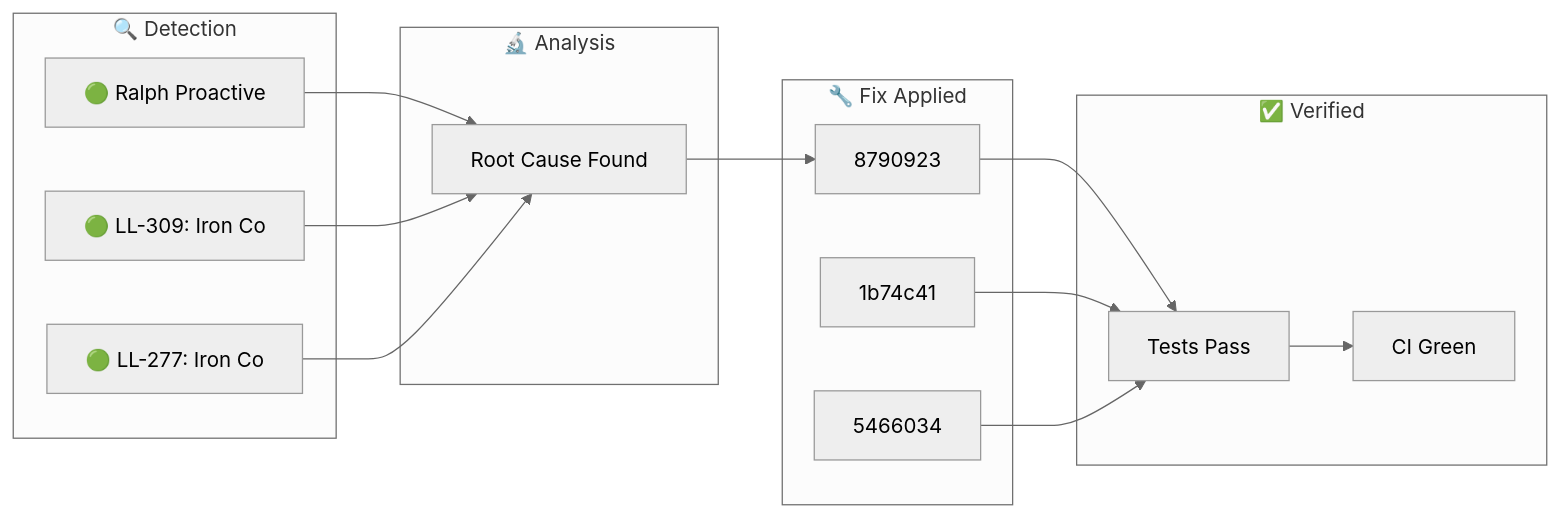
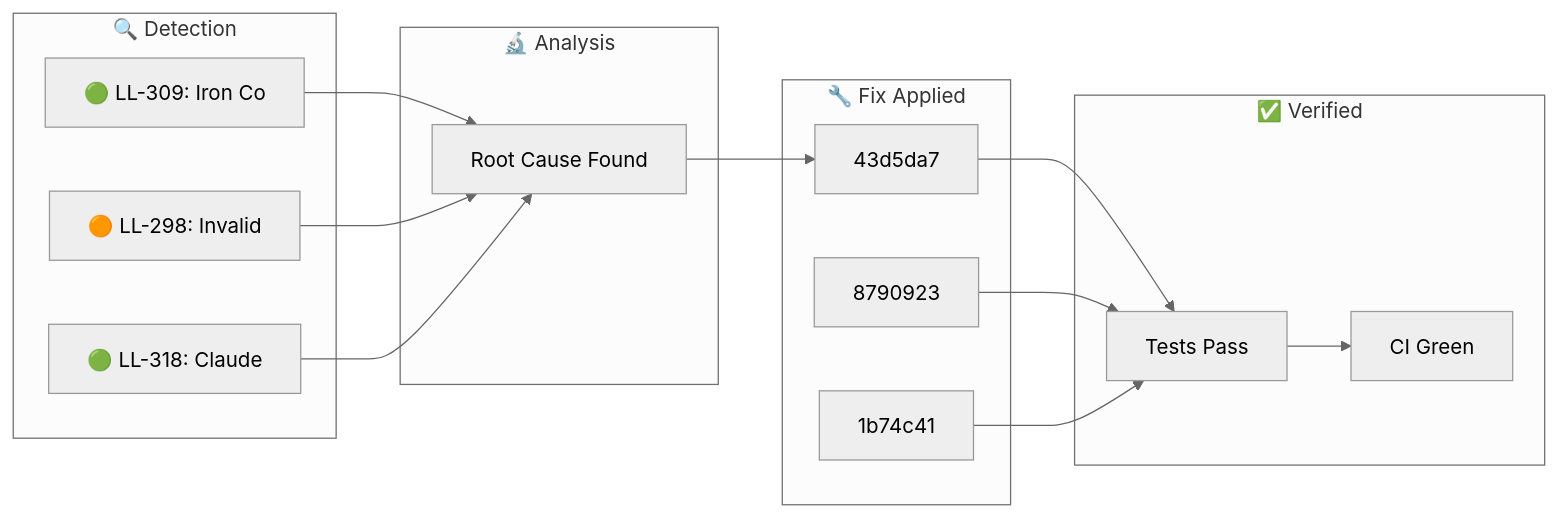
The diagram in docs/_posts/2026-01-29-ralph-discovery.md (YoByron/trading), drawn with Mermaid (neutral theme) before and after one commit. The commit also changed other lines of this file, not shown here.

Commit message:
docs(ralph): Auto-publish discovery blog post

````diff
--- a/docs/_posts/2026-01-29-ralph-discovery.md
+++ b/docs/_posts/2026-01-29-ralph-discovery.md
@@ -17,28 +17,28 @@
 ```mermaid
 flowchart LR
     subgraph Detection["🔍 Detection"]
-        D1["🟢 Ralph Proactive"]
-        D2["🟢 LL-309: Iron Co"]
-        D3["🟢 LL-277: Iron Co"]
+        D1["🟢 LL-309: Iron Co"]
+        D2["🟠 LL-298: Invalid"]
+        D3["🟢 LL-318: Claude "]
     end
     subgraph Analysis["🔬 Analysis"]
         A1["Root Cause Found"]
     end
     subgraph Fix["🔧 Fix Applied"]
-        F1["8790923"]
-        F2["1b74c41"]
-        F3["5466034"]
+        F1["43d5da7"]
+        F2["8790923"]
+        F3["1b74c41"]
     end
     subgraph Verify["✅ Verified"]
         V1["Tests Pass"]
         V2["CI Green"]
     end
     D1 --> A1
     D2 --> A1
     D3 --> A1
     A1 --> F1
     F1 --> V1
     F2 --> V1
     F3 --> V1
     V1 --> V2
 ```
````
